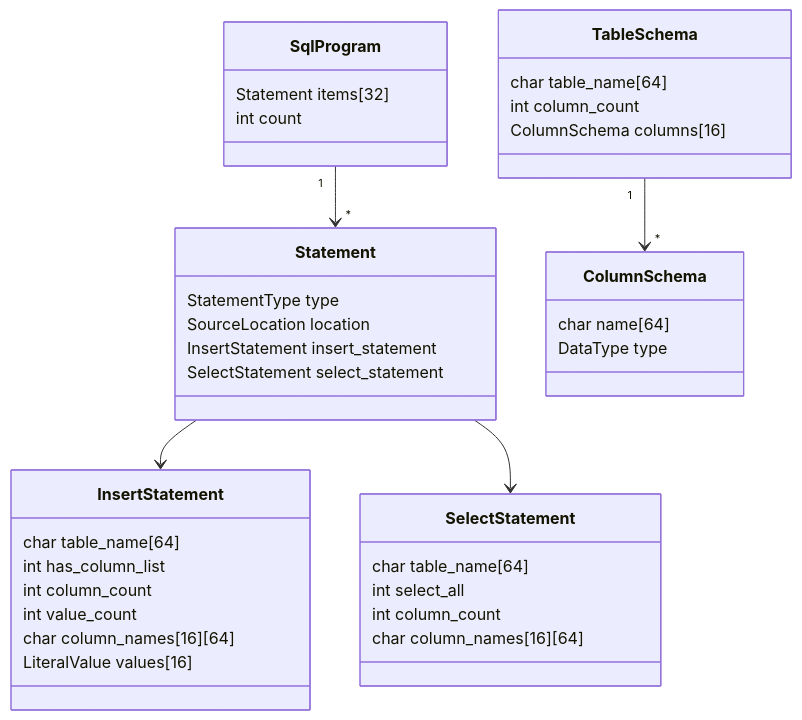
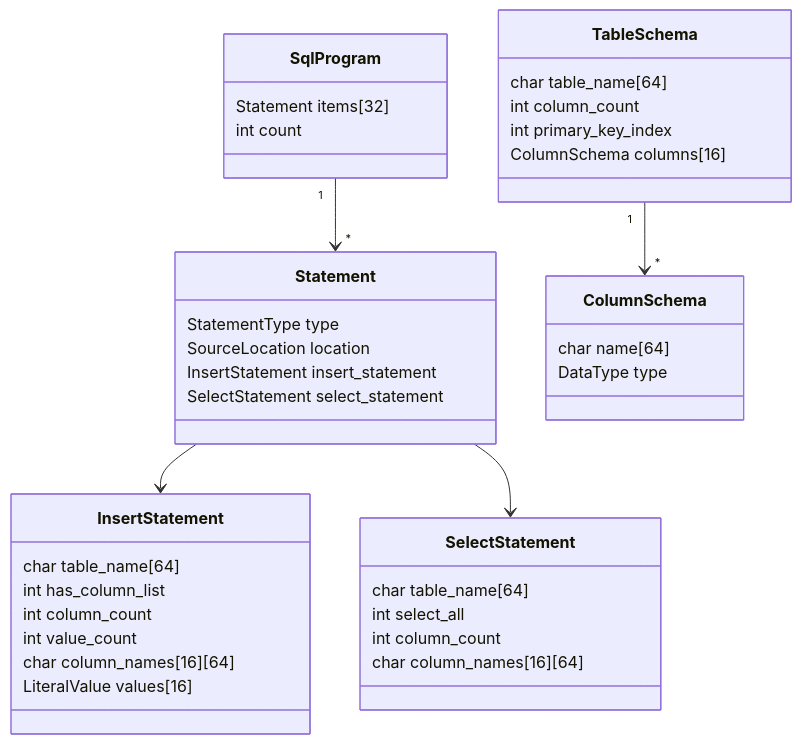
Before and after one commit to Jungle-12-303/week7-02-sql-index: the third of 11 diagrams in GUIDE.md, drawn with Mermaid. The commit also changed other lines of this file and 1 other file, not shown here.

````diff
--- a/GUIDE.md
+++ b/GUIDE.md
@@ -220,41 +231,42 @@
 ```mermaid
 classDiagram
     class SqlProgram {
         Statement items[32]
         int count
     }
     class Statement {
         StatementType type
         SourceLocation location
         InsertStatement insert_statement
         SelectStatement select_statement
     }
     class InsertStatement {
         char table_name[64]
         int has_column_list
         int column_count
         int value_count
         char column_names[16][64]
         LiteralValue values[16]
     }
     class SelectStatement {
         char table_name[64]
         int select_all
         int column_count
         char column_names[16][64]
     }
     class TableSchema {
         char table_name[64]
         int column_count
+        int primary_key_index
         ColumnSchema columns[16]
     }
     class ColumnSchema {
         char name[64]
         DataType type
     }
 
     SqlProgram "1" --> "*" Statement
     Statement --> InsertStatement
     Statement --> SelectStatement
     TableSchema "1" --> "*" ColumnSchema
 ```
````
